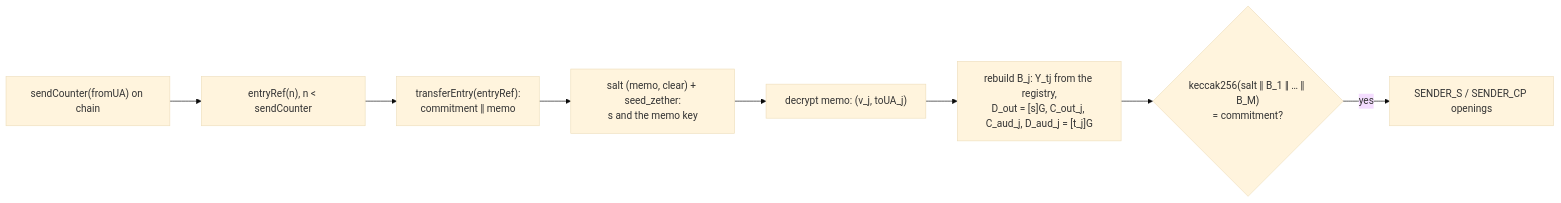
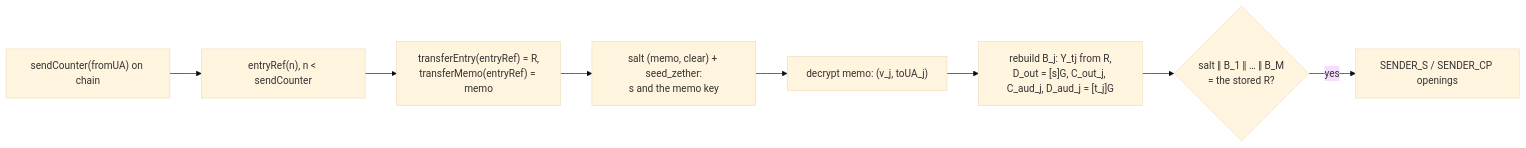
Before and after one commit to dinhduongha/scaas: the second of 3 diagrams in docs/contracts/zether.md, drawn with Mermaid (base theme). The commit also changed other lines of this file and 39 other files, not shown here.

````diff
--- a/docs/contracts/zether.md
+++ b/docs/contracts/zether.md
@@ -672,10 +671,10 @@
 ```mermaid
 flowchart LR
     N["sendCounter(fromUA) on chain"] --> E["entryRef(n), n < sendCounter"]
-    E --> T["transferEntry(entryRef):<br/>commitment ‖ memo"]
+    E --> T["transferEntry(entryRef) = R,<br/>transferMemo(entryRef) = memo"]
     T --> K["salt (memo, clear) + seed_zether:<br/>s and the memo key"]
     K --> D["decrypt memo: (v_j, toUA_j)"]
-    D --> B["rebuild B_j: Y_tj from the registry,<br/>D_out = [s]G, C_out_j, C_aud_j, D_aud_j = [t_j]G"]
-    B --> H{"keccak256(salt ‖ B_1 ‖ … ‖ B_M)<br/>= commitment?"}
+    D --> B["rebuild B_j: Y_tj from R,<br/>D_out = [s]G, C_out_j, C_aud_j, D_aud_j = [t_j]G"]
+    B --> H{"salt ‖ B_1 ‖ … ‖ B_M<br/>= the stored R?"}
     H -->|yes| O["SENDER_S / SENDER_CP openings"]
 ```
````
